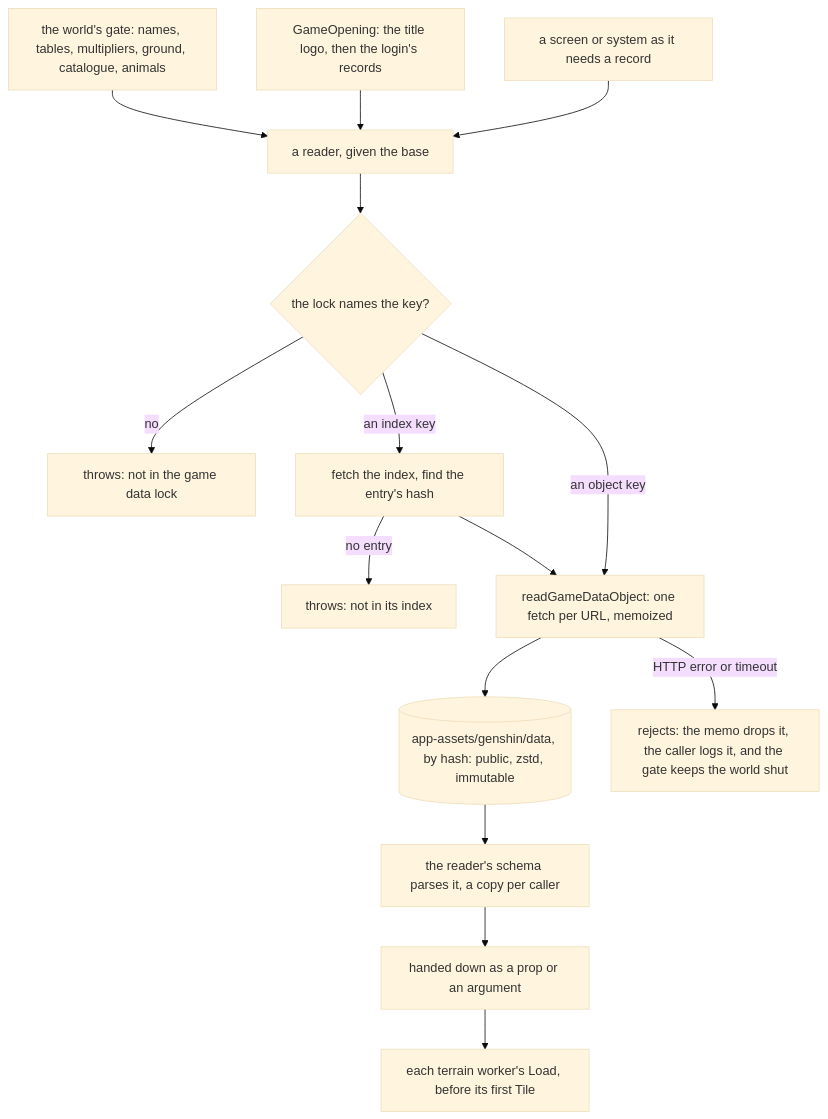
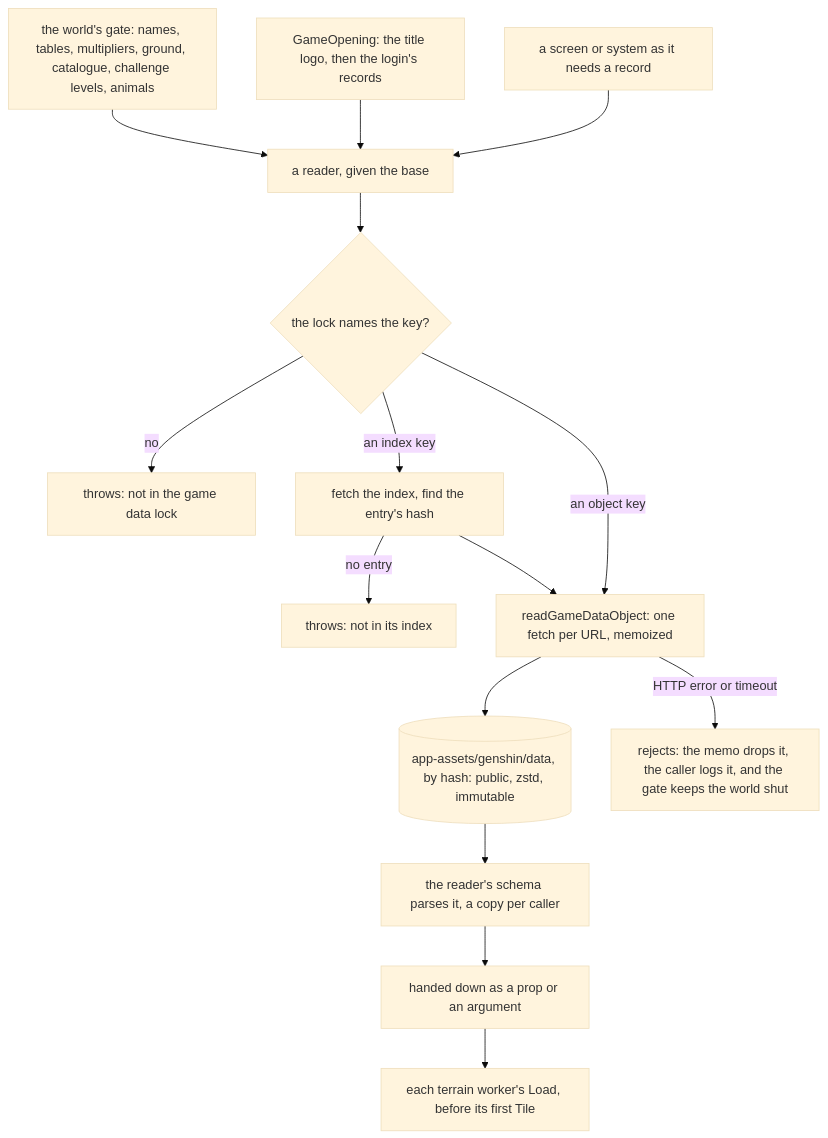
The second of 5 diagrams in openspec/specs/genshin/hosted-game-data/design.md (Esposter/Esposter), drawn with Mermaid (base theme) before and after one commit. The commit also changed other lines of this file and 21 other files, not shown here.

First line of the commit message:
fix(genshin-world): the domain challenge levels are an authored file the world's gate awaits

````diff
--- a/openspec/specs/genshin/hosted-game-data/design.md
+++ b/openspec/specs/genshin/hosted-game-data/design.md
@@ -118,17 +119,17 @@
 ```mermaid
 flowchart TD
-  Gate["the world's gate: names, tables, multipliers, ground, catalogue, animals"] --> Reader
+  Gate["the world's gate: names, tables, multipliers, ground, catalogue, challenge levels, animals"] --> Reader
   Opening["GameOpening: the title logo, then the login's records"] --> Reader
   Screen["a screen or system as it needs a record"] --> Reader
   Reader["a reader, given the base"] --> Lock{"the lock names the key?"}
   Lock -->|no| Unlocked["throws: not in the game data lock"]
   Lock -->|"an index key"| Index["fetch the index, find the entry's hash"]
   Index -->|"no entry"| Missing["throws: not in its index"]
   Index --> Fetch
   Lock -->|"an object key"| Fetch["readGameDataObject: one fetch per URL, memoized"]
   Fetch --> Blob[("app-assets/genshin/data, by hash: public, zstd, immutable")]
   Blob --> Schema["the reader's schema parses it, a copy per caller"]
   Schema --> Down["handed down as a prop or an argument"]
   Down --> Worker["each terrain worker's Load, before its first Tile"]
   Fetch -->|"HTTP error or timeout"| Failure["rejects: the memo drops it, the caller logs it, and the gate keeps the world shut"]
 ```
````
